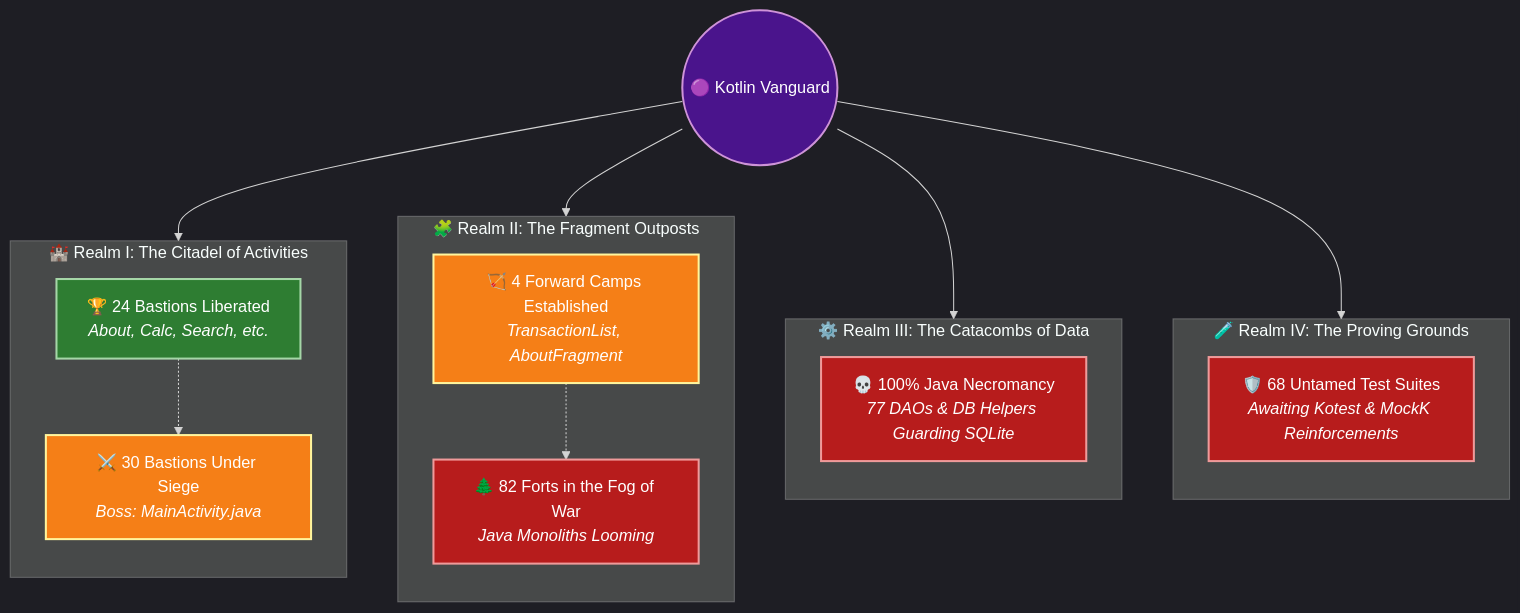
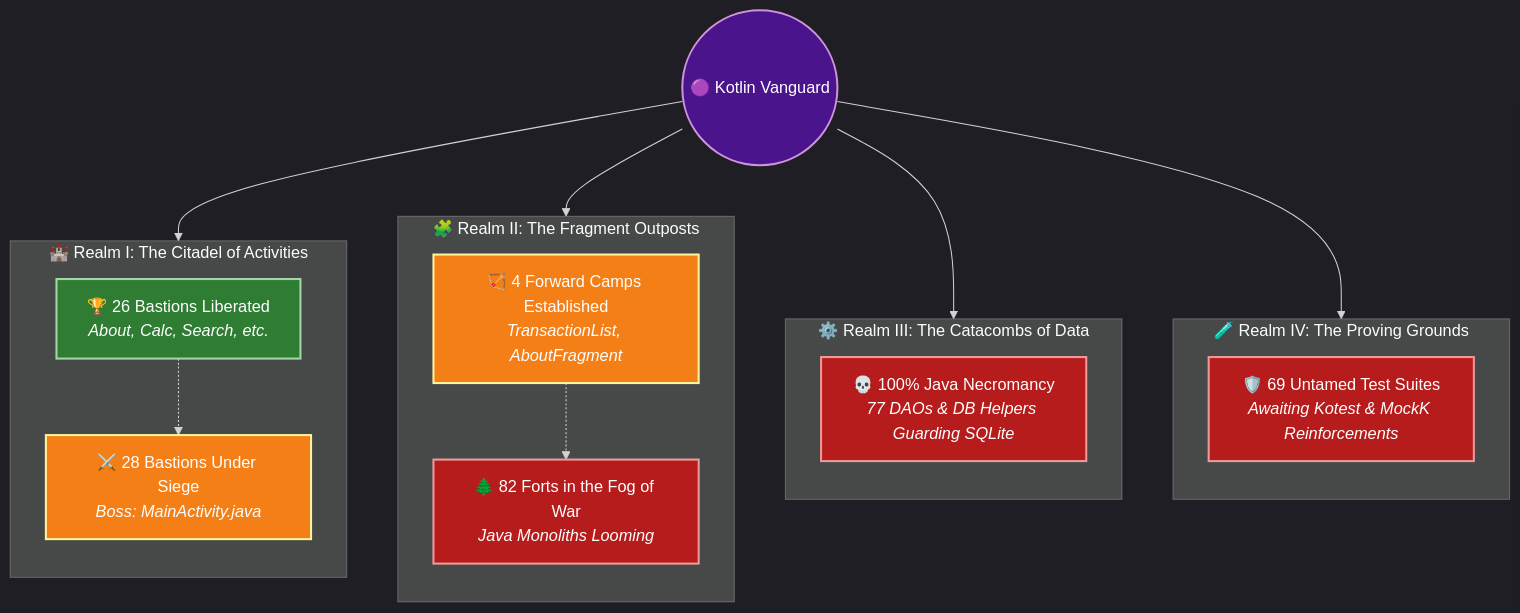
Before and after one commit to solomonrajan/cashledger: the second of 3 diagrams in KOTLIN_MIGRATION_REPORT.md, drawn with Mermaid. The commit also changed other lines of this file, not shown here.

````diff
--- a/KOTLIN_MIGRATION_REPORT.md
+++ b/KOTLIN_MIGRATION_REPORT.md
@@ -29,37 +29,37 @@
 ```mermaid
 %%{init: {'theme': 'dark', 'themeVariables': { 'fontFamily': 'monospace' }}}%%
 flowchart TD
     classDef liberated fill:#2e7d32,stroke:#a5d6a7,stroke-width:2px,color:#ffffff;
     classDef siege fill:#f57f17,stroke:#fff59d,stroke-width:2px,color:#ffffff;
     classDef occupied fill:#b71c1c,stroke:#ef9a9a,stroke-width:2px,color:#ffffff;
     classDef portal fill:#4a148c,stroke:#ce93d8,stroke-width:2px,color:#ffffff;
 
     Start((🟣 Kotlin Vanguard)):::portal --> Castle
     Start --> Valley
     Start --> Dungeon
     Start --> Arena
 
     subgraph Castle["🏰 Realm I: The Citadel of Activities"]
         direction TB
-        A_Won["🏆 24 Bastions Liberated<br/><i>About, Calc, Search, etc.</i>"]:::liberated
-        A_Siege["⚔️ 30 Bastions Under Siege<br/><i>Boss: MainActivity.java</i>"]:::siege
+        A_Won["🏆 26 Bastions Liberated<br/><i>About, Calc, Search, etc.</i>"]:::liberated
+        A_Siege["⚔️ 28 Bastions Under Siege<br/><i>Boss: MainActivity.java</i>"]:::siege
         A_Won -.-> A_Siege
     end
 
     subgraph Valley["🧩 Realm II: The Fragment Outposts"]
         direction TB
         F_Scout["🏹 4 Forward Camps Established<br/><i>TransactionList, AboutFragment</i>"]:::siege
         F_Wild["🌲 82 Forts in the Fog of War<br/><i>Java Monoliths Looming</i>"]:::occupied
         F_Scout -.-> F_Wild
     end
 
     subgraph Dungeon["⚙️ Realm III: The Catacombs of Data"]
         direction TB
         D_Curse["💀 100% Java Necromancy<br/><i>77 DAOs & DB Helpers Guarding SQLite</i>"]:::occupied
     end
 
     subgraph Arena["🧪 Realm IV: The Proving Grounds"]
         direction TB
-        T_Trial["🛡️ 68 Untamed Test Suites<br/><i>Awaiting Kotest & MockK Reinforcements</i>"]:::occupied
+        T_Trial["🛡️ 69 Untamed Test Suites<br/><i>Awaiting Kotest & MockK Reinforcements</i>"]:::occupied
     end
 ```
````
